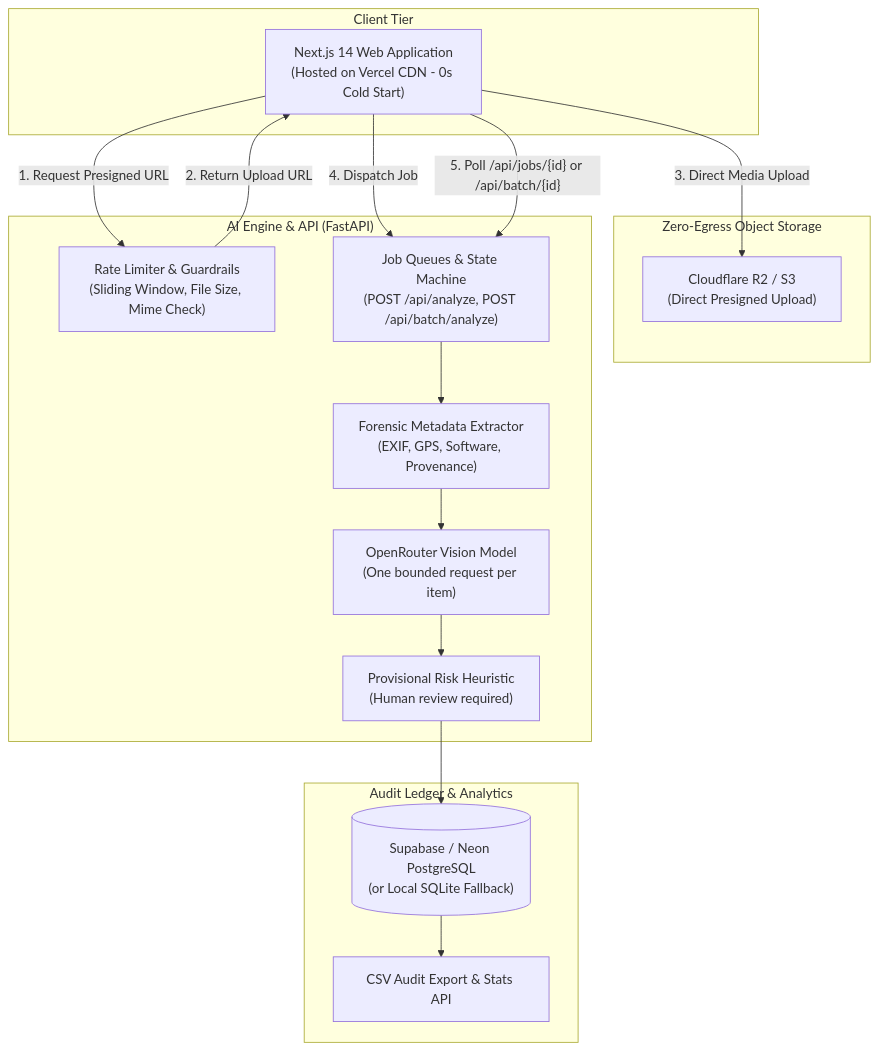
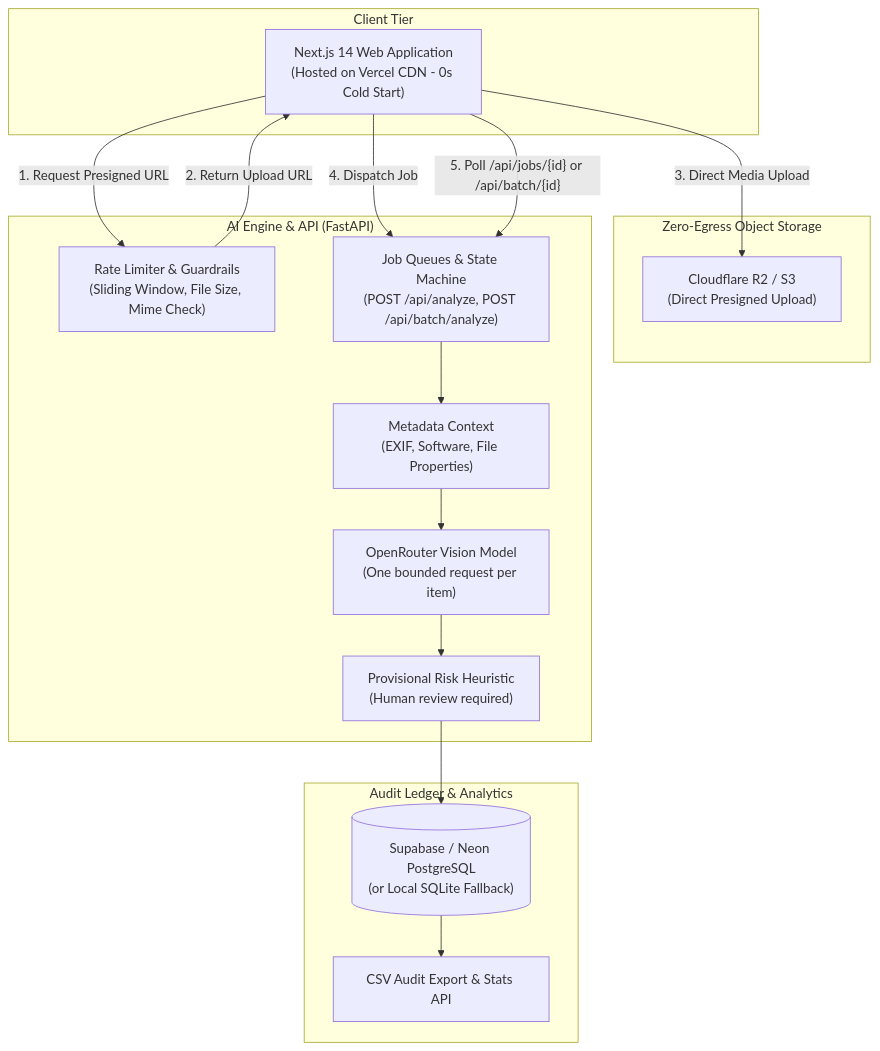
The diagram in README.md (adimalkar/multimodal-fraud-detector), drawn with Mermaid before and after one commit. The commit also changed other lines of this file and 5 other files, not shown here.

Commit message:
Audit detector architecture and neutralize metadata risk

````diff
--- a/README.md
+++ b/README.md
@@ -28,34 +28,34 @@
 ```mermaid
 flowchart TD
     subgraph Client["Client Tier"]
         UI["Next.js 14 Web Application\n(Hosted on Vercel CDN - 0s Cold Start)"]
     end
 
     subgraph Storage["Zero-Egress Object Storage"]
         R2["Cloudflare R2 / S3\n(Direct Presigned Upload)"]
     end
 
     subgraph API["AI Engine & API (FastAPI)"]
         GW["Rate Limiter & Guardrails\n(Sliding Window, File Size, Mime Check)"]
         Router["Job Queues & State Machine\n(POST /api/analyze, POST /api/batch/analyze)"]
-        Meta["Forensic Metadata Extractor\n(EXIF, GPS, Software, Provenance)"]
+        Meta["Metadata Context\n(EXIF, Software, File Properties)"]
         Vision["OpenRouter Vision Model\n(One bounded request per item)"]
         Scorer["Provisional Risk Heuristic\n(Human review required)"]
     end
 
     subgraph Persistence["Audit Ledger & Analytics"]
         DB[("Supabase / Neon PostgreSQL\n(or Local SQLite Fallback)")]
         Export["CSV Audit Export & Stats API"]
     end
 
     UI -->|"1. Request Presigned URL"| GW
     GW -->|"2. Return Upload URL"| UI
     UI -->|"3. Direct Media Upload"| R2
     UI -->|"4. Dispatch Job"| Router
     Router --> Meta
     Meta --> Vision
     Vision --> Scorer
     Scorer --> DB
     DB --> Export
     UI -->|"5. Poll /api/jobs/{id} or /api/batch/{id}"| Router
 ```
````
